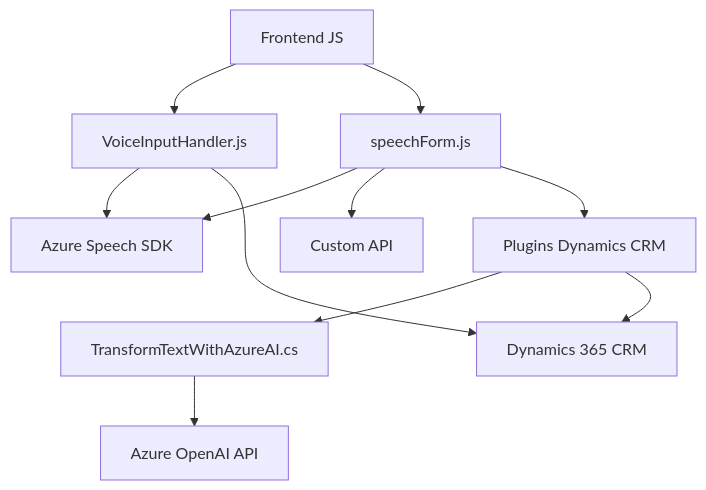
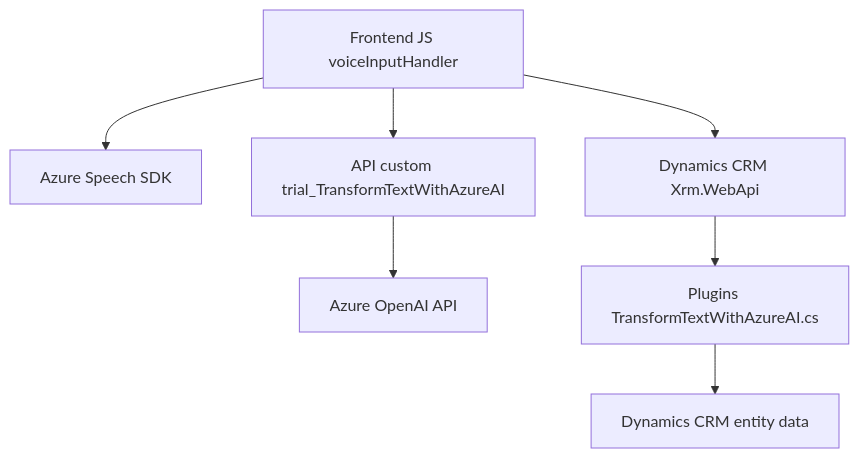
Before and after one commit to blopezdm/NETCORE_BILBAO2025: the diagram in README.md, drawn with Mermaid. The commit also changed other lines of this file, not shown here.

````diff
--- a/README.md
+++ b/README.md
@@ -52,14 +39,9 @@
 ```mermaid
 graph TD
-    A["Frontend JS"] --> B["VoiceInputHandler.js"]
-    A --> C["speechForm.js"]
-    B --> D["Azure Speech SDK"]
-    C --> D
-    
-    C --> E["Custom API"]
-    C --> F["Plugins Dynamics CRM"]
-    F --> G["TransformTextWithAzureAI.cs"]
-    G --> H["Azure OpenAI API"]
-    F --> I["Dynamics 365 CRM"]
-    B --> I
+    A["Frontend JS voiceInputHandler"] --> B["Azure Speech SDK"]
+    A --> C["API custom trial_TransformTextWithAzureAI"]
+    C --> D["Azure OpenAI API"]
+    A --> E["Dynamics CRM Xrm.WebApi"]
+    E --> F["Plugins TransformTextWithAzureAI.cs"]
+    F --> G["Dynamics CRM entity data"]
 ```
````
